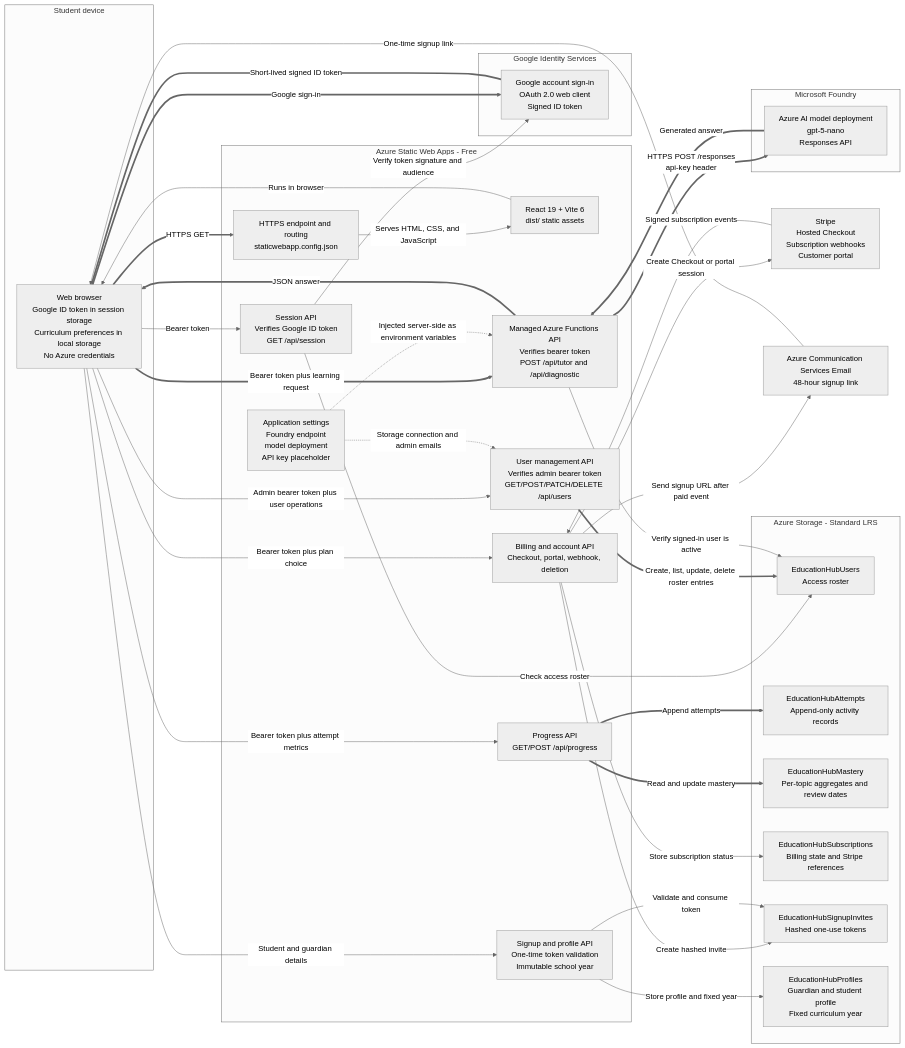
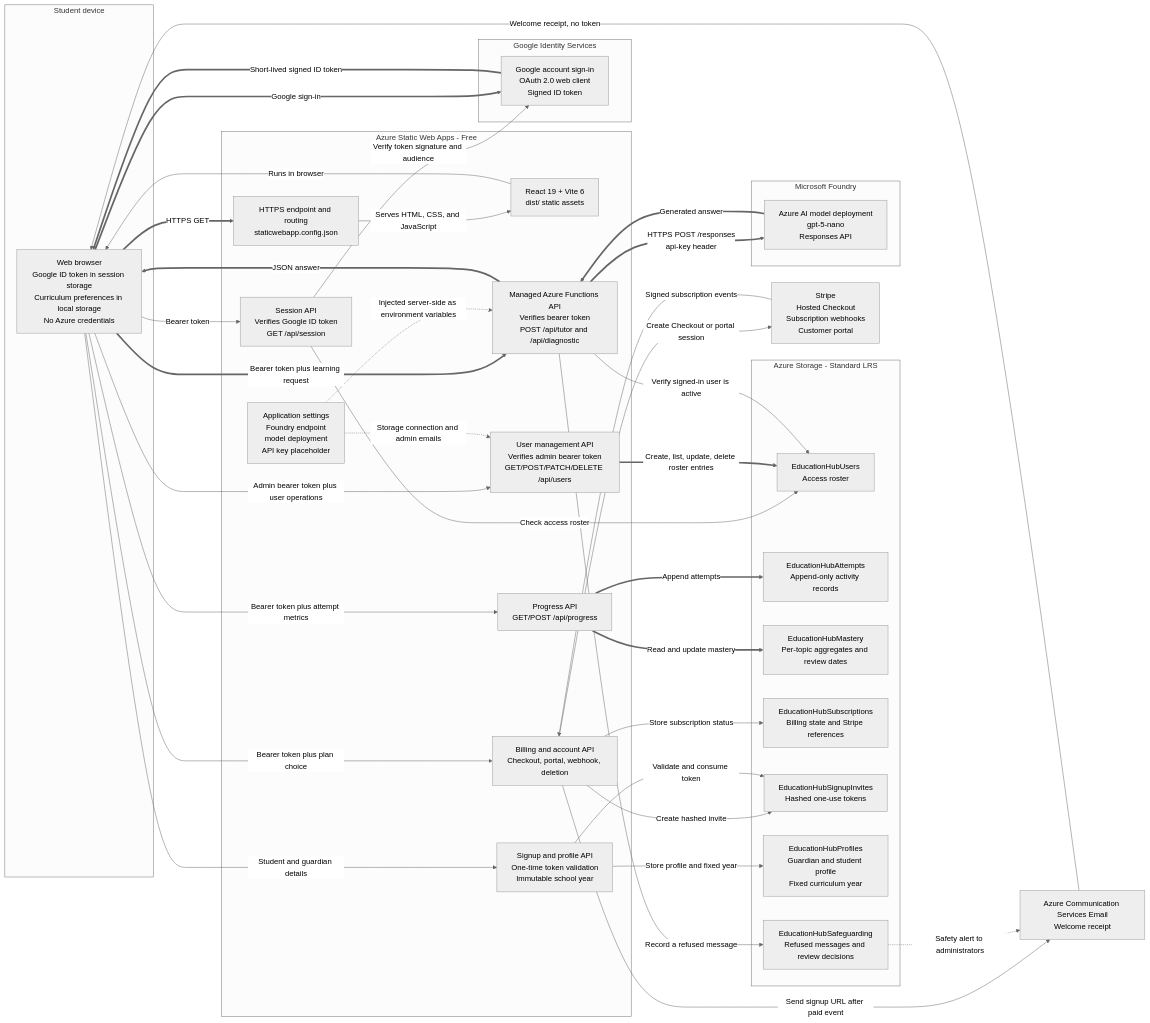
One commit to raj-eduhub/The-Education-Hub changed the first of 2 diagrams in docs/azure-architecture.md. Above: the diagram before and after it, drawn with Mermaid (neutral theme). The commit also changed other lines of this file and 47 other files, not shown here.

First line of the commit message:
feat: safeguarding, curriculum corrections, and register-then-pay signup

````diff
--- a/docs/azure-architecture.md
+++ b/docs/azure-architecture.md
@@ -30,69 +30,72 @@
 ```mermaid
 graph LR
     subgraph CLIENT["Student device"]
         BROWSER["Web browser<br/>Google ID token in session storage<br/>Curriculum preferences in local storage<br/>No Azure credentials"]
     end
 
     subgraph IDENTITY["Google Identity Services"]
         GOOGLE["Google account sign-in<br/>OAuth 2.0 web client<br/>Signed ID token"]
     end
 
     subgraph SWA["Azure Static Web Apps - Free"]
         EDGE["HTTPS endpoint and routing<br/>staticwebapp.config.json"]
         WEB["React 19 + Vite 6<br/>dist/ static assets"]
         SESSION["Session API<br/>Verifies Google ID token<br/>GET /api/session"]
         API["Managed Azure Functions API<br/>Verifies bearer token<br/>POST /api/tutor and /api/diagnostic"]
         PROGRESSAPI["Progress API<br/>GET/POST /api/progress"]
         USERSAPI["User management API<br/>Verifies admin bearer token<br/>GET/POST/PATCH/DELETE /api/users"]
         BILLINGAPI["Billing and account API<br/>Checkout, portal, webhook, deletion"]
         SIGNUPAPI["Signup and profile API<br/>One-time token validation<br/>Immutable school year"]
         SETTINGS["Application settings<br/>Foundry endpoint<br/>model deployment<br/>API key placeholder"]
     end
 
     subgraph FOUNDRY["Microsoft Foundry"]
         MODEL["Azure AI model deployment<br/>gpt-5-nano<br/>Responses API"]
     end
 
     subgraph STORAGE["Azure Storage - Standard LRS"]
         TABLE["EducationHubUsers<br/>Access roster"]
         ATTEMPTS["EducationHubAttempts<br/>Append-only activity records"]
         MASTERY["EducationHubMastery<br/>Per-topic aggregates and review dates"]
         SUBSCRIPTIONS["EducationHubSubscriptions<br/>Billing state and Stripe references"]
         INVITES["EducationHubSignupInvites<br/>Hashed one-use tokens"]
         PROFILES["EducationHubProfiles<br/>Guardian and student profile<br/>Fixed curriculum year"]
+        SAFEGUARDING["EducationHubSafeguarding<br/>Refused messages and review decisions"]
     end
 
     STRIPE["Stripe<br/>Hosted Checkout<br/>Subscription webhooks<br/>Customer portal"]
-    EMAIL["Azure Communication Services Email<br/>48-hour signup link"]
+    EMAIL["Azure Communication Services Email<br/>Welcome receipt"]
 
     BROWSER ==>|"HTTPS GET"| EDGE
     EDGE -->|"Serves HTML, CSS, and JavaScript"| WEB
     WEB -->|"Runs in browser"| BROWSER
     BROWSER ==>|"Google sign-in"| GOOGLE
     GOOGLE ==>|"Short-lived signed ID token"| BROWSER
     BROWSER -->|"Bearer token"| SESSION
     SESSION -->|"Verify token signature and audience"| GOOGLE
     SESSION -->|"Check access roster"| TABLE
     BROWSER ==>|"Bearer token plus learning request"| API
     BROWSER -->|"Admin bearer token plus user operations"| USERSAPI
     BROWSER -->|"Bearer token plus attempt metrics"| PROGRESSAPI
     BROWSER -->|"Bearer token plus plan choice"| BILLINGAPI
     SETTINGS -.->|"Injected server-side as environment variables"| API
     SETTINGS -.->|"Storage connection and admin emails"| USERSAPI
     USERSAPI ==>|"Create, list, update, delete roster entries"| TABLE
     PROGRESSAPI ==>|"Append attempts"| ATTEMPTS
     PROGRESSAPI ==>|"Read and update mastery"| MASTERY
     BILLINGAPI -->|"Create Checkout or portal session"| STRIPE
     STRIPE -->|"Signed subscription events"| BILLINGAPI
     BILLINGAPI -->|"Store subscription status"| SUBSCRIPTIONS
     BILLINGAPI -->|"Create hashed invite"| INVITES
     BILLINGAPI -->|"Send signup URL after paid event"| EMAIL
-    EMAIL -->|"One-time signup link"| BROWSER
+    EMAIL -->|"Welcome receipt, no token"| BROWSER
     BROWSER -->|"Student and guardian details"| SIGNUPAPI
     SIGNUPAPI -->|"Validate and consume token"| INVITES
     SIGNUPAPI -->|"Store profile and fixed year"| PROFILES
     API -->|"Verify signed-in user is active"| TABLE
+    API -->|"Record a refused message"| SAFEGUARDING
+    SAFEGUARDING -.->|"Safety alert to administrators"| EMAIL
     API ==>|"HTTPS POST /responses<br/>api-key header"| MODEL
     MODEL ==>|"Generated answer"| API
     API ==>|"JSON answer"| BROWSER
 ```
````
